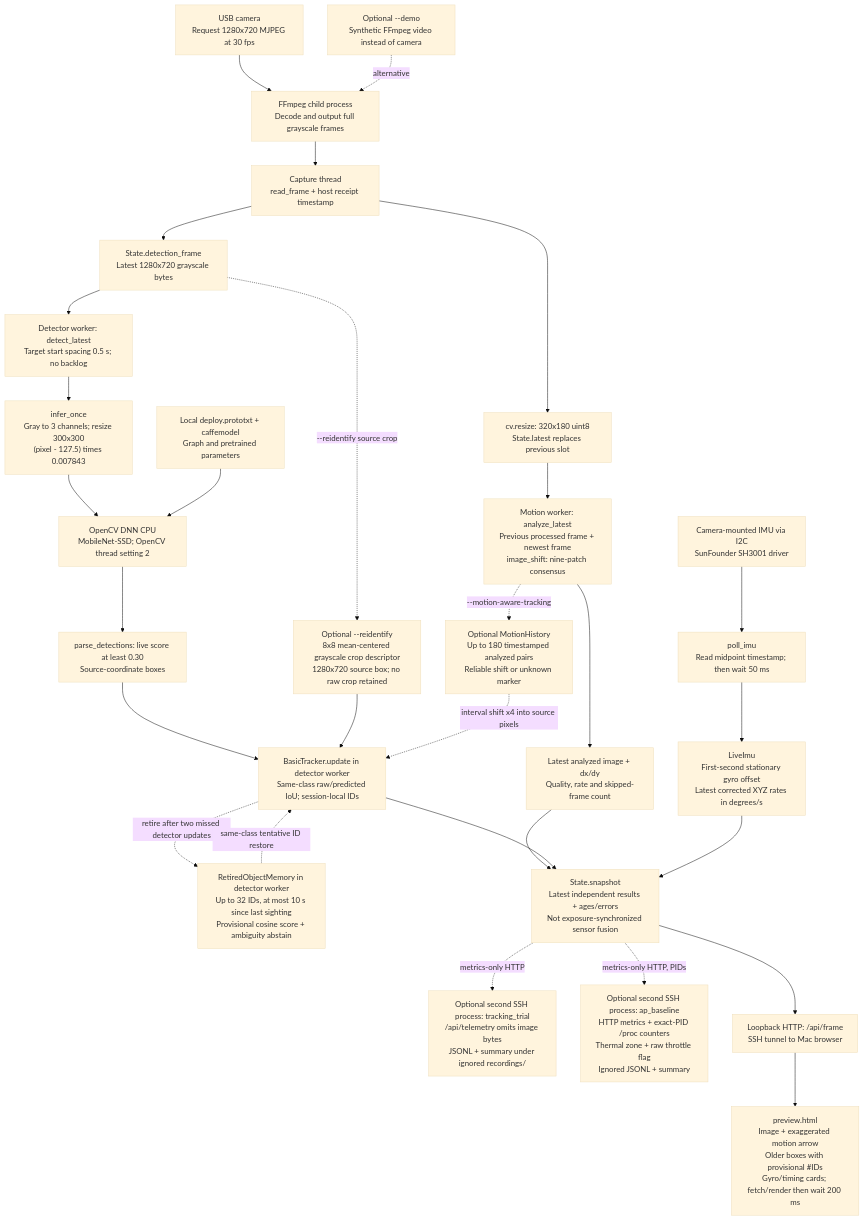
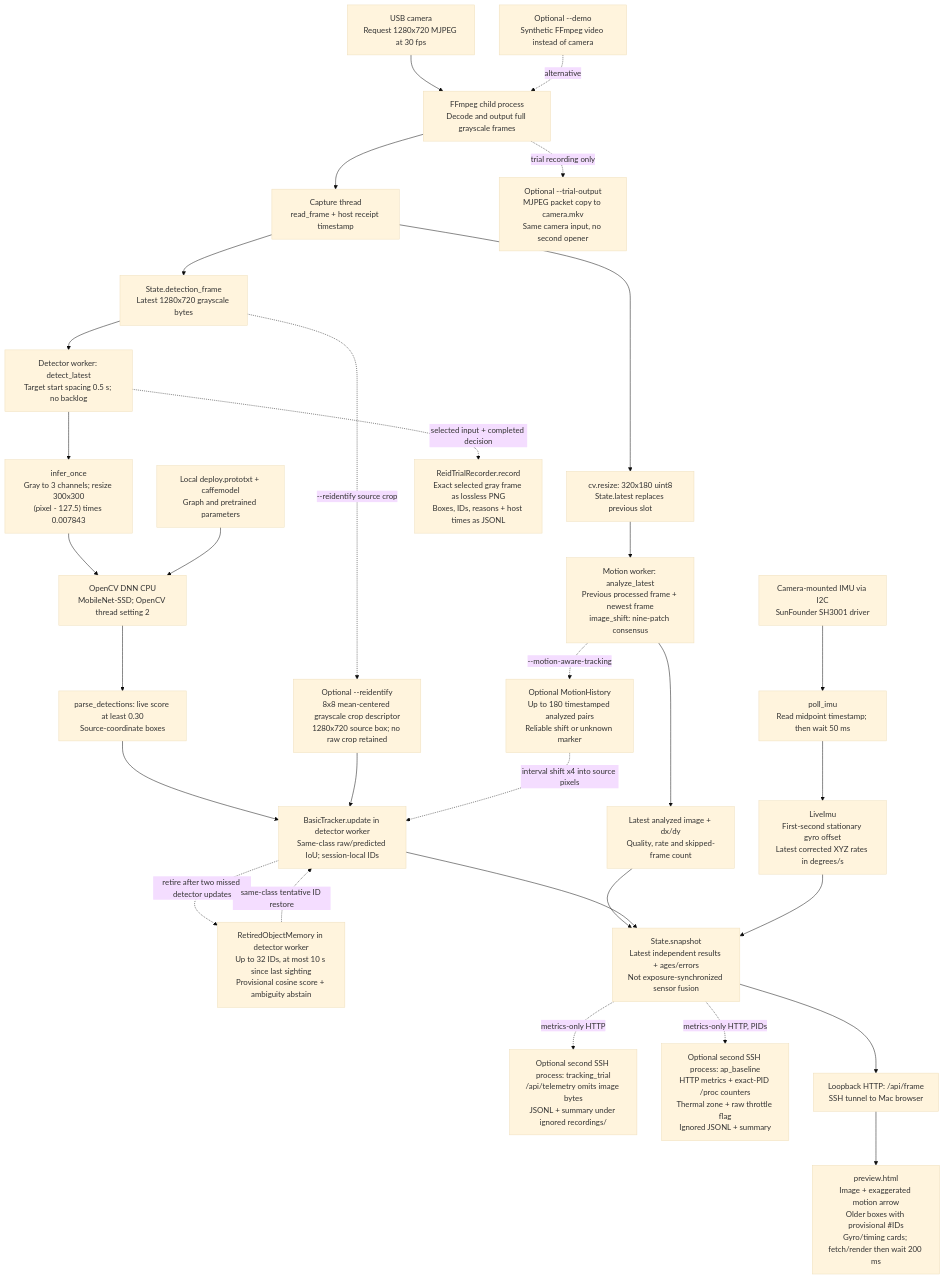
Before and after one commit to choir0322/edgexr: the diagram in docs/PIPELINE.md, drawn with Mermaid (base theme). The commit also changed other lines of this file and 9 other files, not shown here.

````diff
--- a/docs/PIPELINE.md
+++ b/docs/PIPELINE.md
@@ -19,46 +19,50 @@
 ```mermaid
 flowchart TD
     CAMERA["USB camera<br/>Request 1280x720 MJPEG at 30 fps"]
     DEMO["Optional --demo<br/>Synthetic FFmpeg video instead of camera"]
     FF["FFmpeg child process<br/>Decode and output full grayscale frames"]
     CAP["Capture thread<br/>read_frame + host receipt timestamp"]
     SMALL["cv.resize: 320x180 uint8<br/>State.latest replaces previous slot"]
     MOTION["Motion worker: analyze_latest<br/>Previous processed frame + newest frame<br/>image_shift: nine-patch consensus"]
     RESULT["Latest analyzed image + dx/dy<br/>Quality, rate and skipped-frame count"]
     HISTORY["Optional MotionHistory<br/>Up to 180 timestamped analyzed pairs<br/>Reliable shift or unknown marker"]
     FULL["State.detection_frame<br/>Latest 1280x720 grayscale bytes"]
     DET["Detector worker: detect_latest<br/>Target start spacing 0.5 s; no backlog"]
     PRE["infer_once<br/>Gray to 3 channels; resize 300x300<br/>(pixel - 127.5) times 0.007843"]
     NET["OpenCV DNN CPU<br/>MobileNet-SSD; OpenCV thread setting 2"]
     BOX["parse_detections: live score at least 0.30<br/>Source-coordinate boxes"]
     TRACK["BasicTracker.update in detector worker<br/>Same-class raw/predicted IoU; session-local IDs"]
     DESC["Optional --reidentify<br/>8x8 mean-centered grayscale crop descriptor<br/>1280x720 source box; no raw crop retained"]
     MEMORY["RetiredObjectMemory in detector worker<br/>Up to 32 IDs, at most 10 s since last sighting<br/>Provisional cosine score + ambiguity abstain"]
     MODEL["Local deploy.prototxt + caffemodel<br/>Graph and pretrained parameters"]
     IMU["Camera-mounted IMU via I2C<br/>SunFounder SH3001 driver"]
     POLL["poll_imu<br/>Read midpoint timestamp; then wait 50 ms"]
     BIAS["LiveImu<br/>First-second stationary gyro offset<br/>Latest corrected XYZ rates in degrees/s"]
     STATE["State.snapshot<br/>Latest independent results + ages/errors<br/>Not exposure-synchronized sensor fusion"]
     TRIAL["Optional second SSH process: tracking_trial<br/>/api/telemetry omits image bytes<br/>JSONL + summary under ignored recordings/"]
+    REIDVIDEO["Optional --trial-output<br/>MJPEG packet copy to camera.mkv<br/>Same camera input, no second opener"]
+    REIDLOG["ReidTrialRecorder.record<br/>Exact selected gray frame as lossless PNG<br/>Boxes, IDs, reasons + host times as JSONL"]
     AP["Optional second SSH process: ap_baseline<br/>HTTP metrics + exact-PID /proc counters<br/>Thermal zone + raw throttle flag<br/>Ignored JSONL + summary"]
     WEB["Loopback HTTP: /api/frame<br/>SSH tunnel to Mac browser"]
     UI["preview.html<br/>Image + exaggerated motion arrow<br/>Older boxes with provisional #IDs<br/>Gyro/timing cards; fetch/render then wait 200 ms"]
     CAMERA --> FF
     DEMO -. alternative .-> FF
     FF --> CAP
+    FF -. "trial recording only" .-> REIDVIDEO
     CAP --> SMALL --> MOTION --> RESULT
     MOTION -. "--motion-aware-tracking" .-> HISTORY
     CAP --> FULL --> DET --> PRE --> NET --> BOX --> TRACK
     FULL -. "--reidentify source crop" .-> DESC --> TRACK
     TRACK -. "retire after two missed detector updates" .-> MEMORY
     MEMORY -. "same-class tentative ID restore" .-> TRACK
+    DET -. "selected input + completed decision" .-> REIDLOG
     MODEL --> NET
     HISTORY -. "interval shift x4 into source pixels" .-> TRACK
     IMU --> POLL --> BIAS
     RESULT --> STATE
     TRACK --> STATE
     BIAS --> STATE
     STATE --> WEB --> UI
     STATE -. "metrics-only HTTP" .-> TRIAL
     STATE -. "metrics-only HTTP, PIDs" .-> AP
 ```
````
